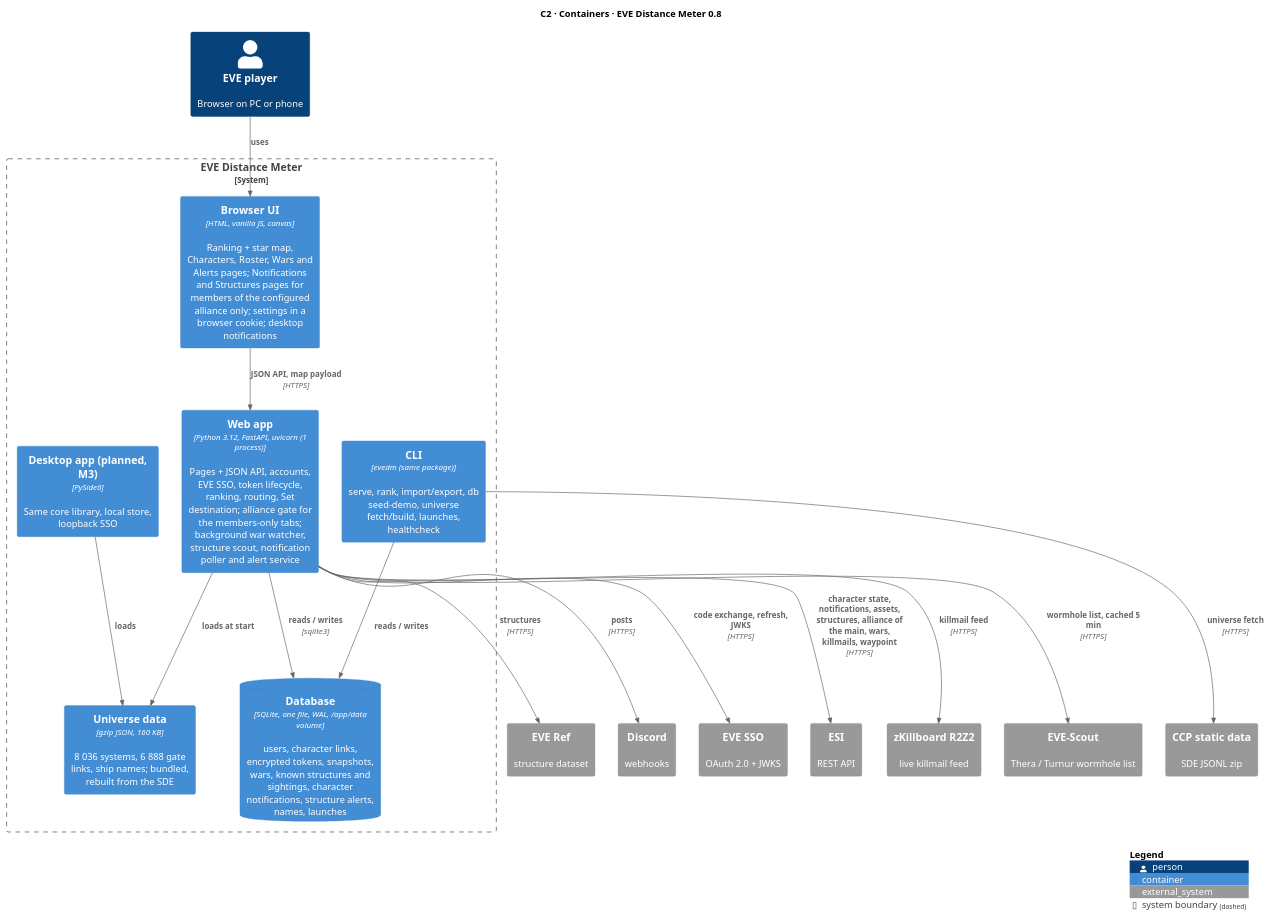
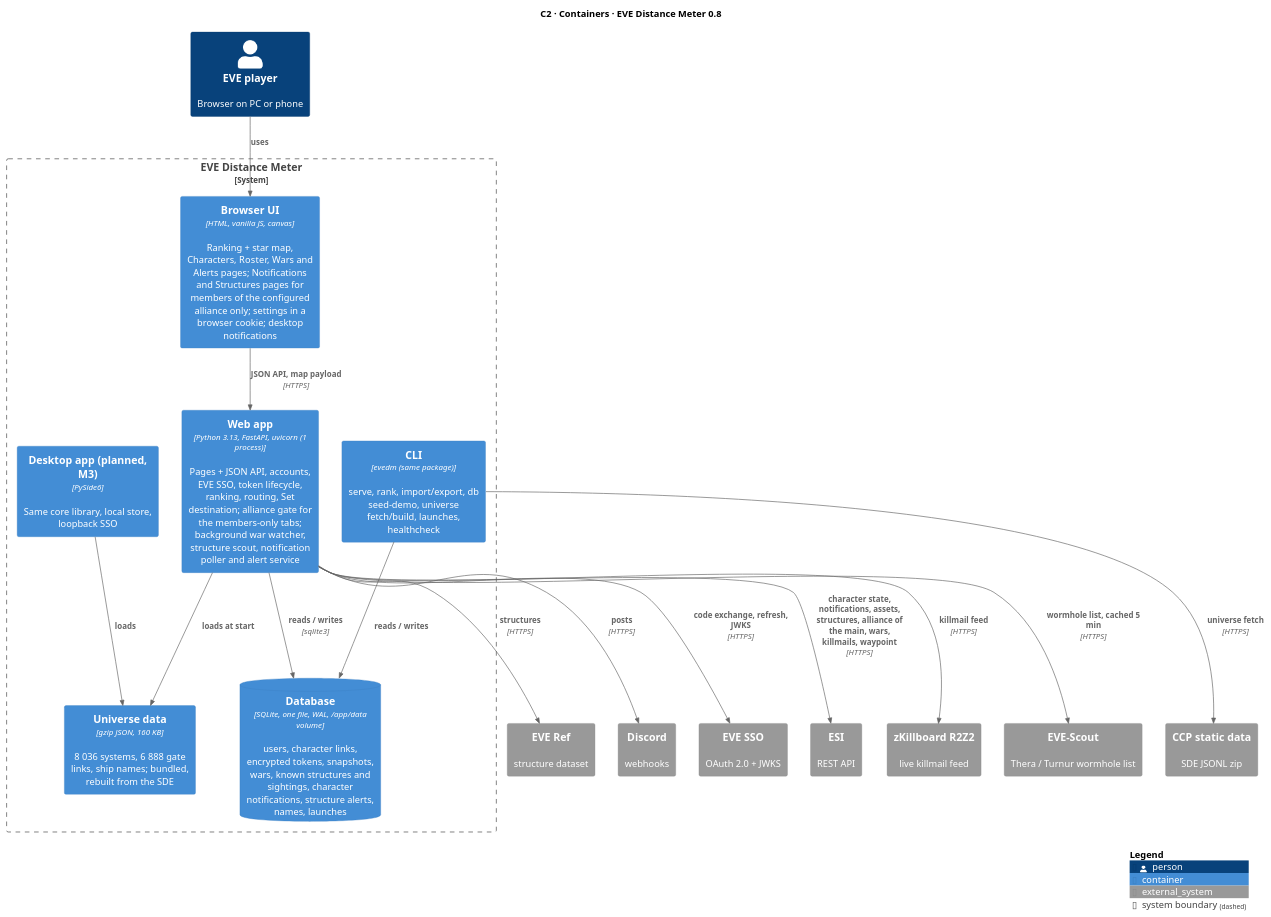
Before and after one commit to Headruner/war-bot-2: the diagram in docs/c4/02-c2-containers.puml, drawn with PlantUML. The commit also changed 3 other files, not shown here.

```diff
--- a/docs/c4/02-c2-containers.puml
+++ b/docs/c4/02-c2-containers.puml
@@ -1,38 +1,38 @@
 @startuml c2-containers
 !include <C4/C4_Container>
 title C2 · Containers · EVE Distance Meter 0.8
 LAYOUT_TOP_DOWN()
 
 Person(user, "EVE player", "Browser on PC or phone")
 System_Ext(sso, "EVE SSO", "OAuth 2.0 + JWKS")
 System_Ext(esi, "ESI", "REST API")
 System_Ext(sde, "CCP static data", "SDE JSONL zip")
 System_Ext(zkb, "zKillboard R2Z2", "live killmail feed")
 System_Ext(evescout, "EVE-Scout", "Thera / Turnur wormhole list")
 System_Ext(everef, "EVE Ref", "structure dataset")
 System_Ext(discord, "Discord", "webhooks")
 
 System_Boundary(evedm, "EVE Distance Meter") {
   Container(spa, "Browser UI", "HTML, vanilla JS, canvas", "Ranking + star map, Characters, Roster, Wars and Alerts pages; Notifications and Structures pages for members of the configured alliance only; settings in a browser cookie; desktop notifications")
-  Container(web, "Web app", "Python 3.12, FastAPI, uvicorn (1 process)", "Pages + JSON API, accounts, EVE SSO, token lifecycle, ranking, routing, Set destination; alliance gate for the members-only tabs; background war watcher, structure scout, notification poller and alert service")
+  Container(web, "Web app", "Python 3.13, FastAPI, uvicorn (1 process)", "Pages + JSON API, accounts, EVE SSO, token lifecycle, ranking, routing, Set destination; alliance gate for the members-only tabs; background war watcher, structure scout, notification poller and alert service")
   ContainerDb(db, "Database", "SQLite, one file, WAL, /app/data volume", "users, character links, encrypted tokens, snapshots, wars, known structures and sightings, character notifications, structure alerts, names, launches")
   Container(universe, "Universe data", "gzip JSON, 160 KB", "8 036 systems, 6 888 gate links, ship names; bundled, rebuilt from the SDE")
   Container(cli, "CLI", "evedm (same package)", "serve, rank, import/export, db seed-demo, universe fetch/build, launches, healthcheck")
   Container(desktop, "Desktop app (planned, M3)", "PySide6", "Same core library, local store, loopback SSO")
 }
 
 Rel(user, spa, "uses")
 Rel(spa, web, "JSON API, map payload", "HTTPS")
 Rel(web, db, "reads / writes", "sqlite3")
 Rel(web, universe, "loads at start")
 Rel(cli, db, "reads / writes")
 Rel(cli, sde, "universe fetch", "HTTPS")
 Rel(web, sso, "code exchange, refresh, JWKS", "HTTPS")
 Rel(web, esi, "character state, notifications, assets, structures, alliance of the main, wars, killmails, waypoint", "HTTPS")
 Rel(web, zkb, "killmail feed", "HTTPS")
 Rel(web, evescout, "wormhole list, cached 5 min", "HTTPS")
 Rel(web, everef, "structures", "HTTPS")
 Rel(web, discord, "posts", "HTTPS")
 Rel(desktop, universe, "loads")
 SHOW_LEGEND()
 @enduml
```
